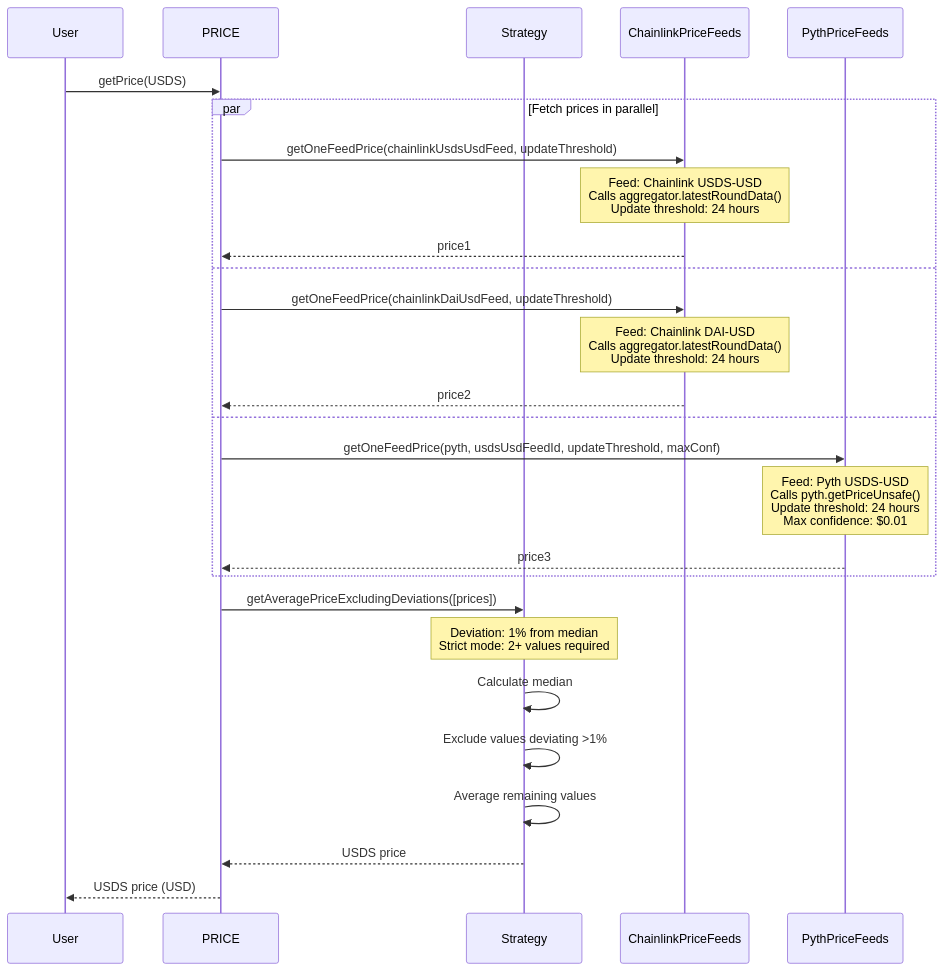
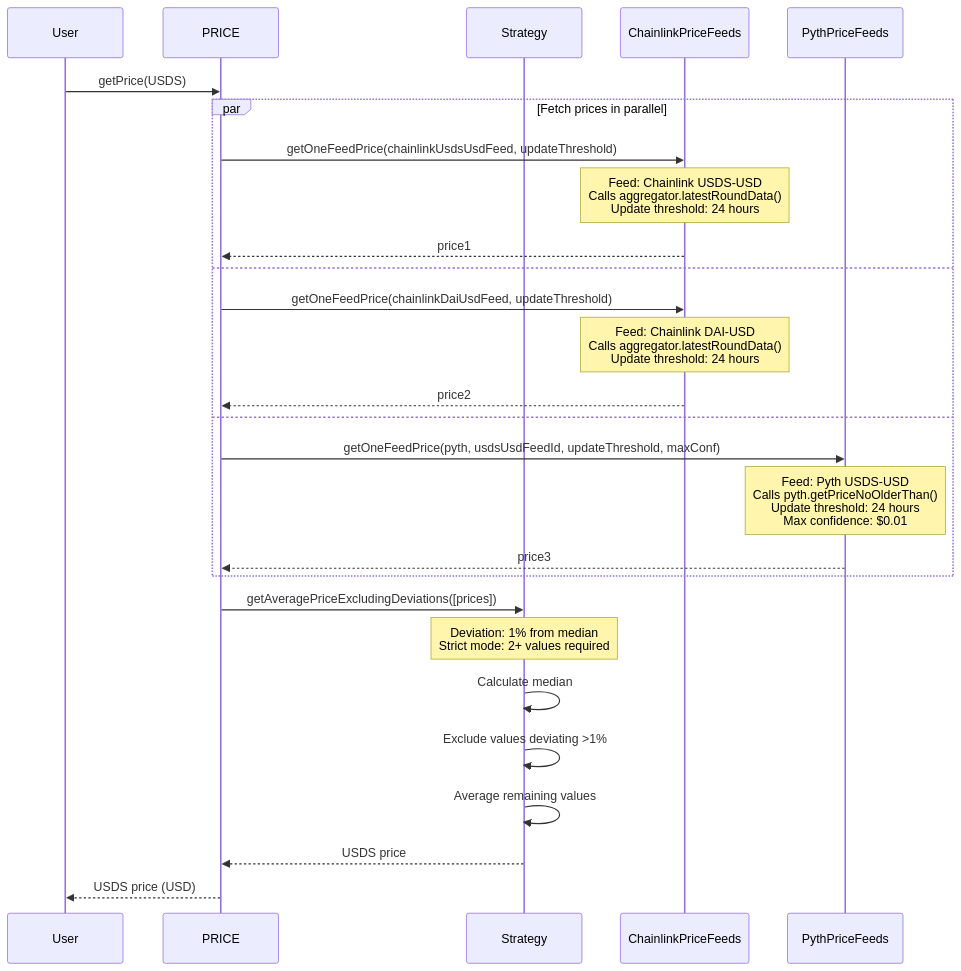
Before and after one commit to OlympusDAO/olympus-v3: the third of 7 diagrams in audit/2026-03_price-feed-improvements/README.md, drawn with Mermaid. The commit also changed other lines of this file and 3 other files, not shown here.

````diff
--- a/audit/2026-03_price-feed-improvements/README.md
+++ b/audit/2026-03_price-feed-improvements/README.md
@@ -211,32 +216,32 @@
 ```mermaid
 sequenceDiagram
   participant User
   participant PRICE
   participant Strategy
   participant CL as ChainlinkPriceFeeds
   participant Pyth as PythPriceFeeds
 
   User->>PRICE: getPrice(USDS)
 
   par Fetch prices in parallel
     PRICE->>CL: getOneFeedPrice(chainlinkUsdsUsdFeed, updateThreshold)
     Note over CL: Feed: Chainlink USDS-USD<br/>Calls aggregator.latestRoundData()<br/>Update threshold: 24 hours
     CL-->>PRICE: price1
   and
     PRICE->>CL: getOneFeedPrice(chainlinkDaiUsdFeed, updateThreshold)
     Note over CL: Feed: Chainlink DAI-USD<br/>Calls aggregator.latestRoundData()<br/>Update threshold: 24 hours
     CL-->>PRICE: price2
   and
     PRICE->>Pyth: getOneFeedPrice(pyth, usdsUsdFeedId, updateThreshold, maxConf)
-    Note over Pyth: Feed: Pyth USDS-USD<br/>Calls pyth.getPriceUnsafe()<br/>Update threshold: 24 hours<br/>Max confidence: $0.01
+    Note over Pyth: Feed: Pyth USDS-USD<br/>Calls pyth.getPriceNoOlderThan()<br/>Update threshold: 24 hours<br/>Max confidence: $0.01
     Pyth-->>PRICE: price3
   end
 
   PRICE->>Strategy: getAveragePriceExcludingDeviations([prices])
   Note over Strategy: Deviation: 1% from median<br/>Strict mode: 2+ values required
   Strategy->>Strategy: Calculate median
   Strategy->>Strategy: Exclude values deviating >1%
   Strategy->>Strategy: Average remaining values
   Strategy-->>PRICE: USDS price
   PRICE-->>User: USDS price (USD)
 ```
````
